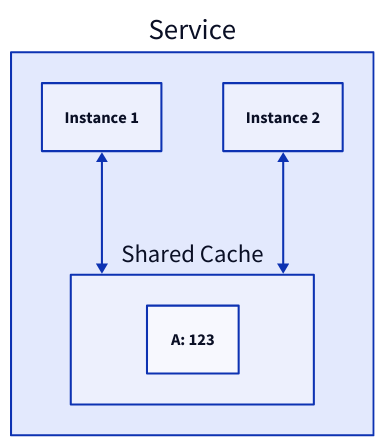
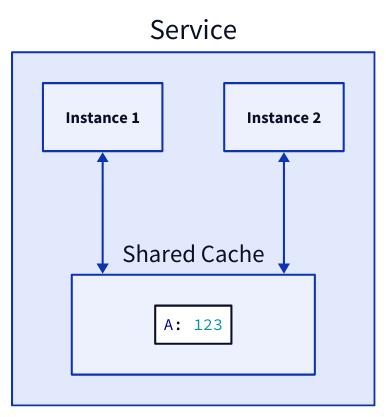
Before and after one commit to link1905/system-design-101: the second of 10 diagrams in content/design-patterns/caching-patterns.md, drawn with D2. The commit also changed other lines of this file and 3 other files, not shown here.

````diff
--- a/content/design-patterns/caching-patterns.md
+++ b/content/design-patterns/caching-patterns.md
@@ -38,16 +42,18 @@
 ```d2
 s: Service {
     i1: Instance 1 {
         class: server
     }
     i2: Instance 2 {
         class: server
     }
     db: Shared Cache {
-        "A: 123"
+        c: |||yaml
+        A: 123
+        |||
     }
     i1 <-> db
     i2 <-> db
 }
 
 ```
````
